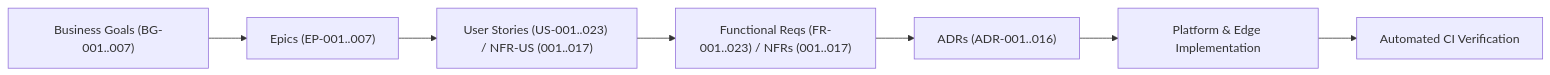
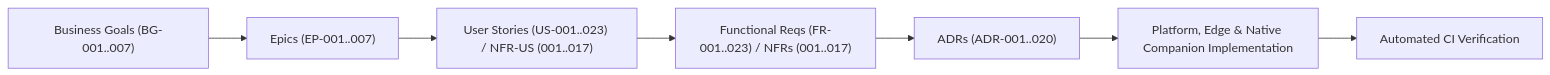
Before and after one commit to artofdream/adaptive-experience: the first of 5 diagrams in docs/aea-system-documentation.md, drawn with Mermaid. The commit also changed other lines of this file, not shown here.

````diff
--- a/docs/aea-system-documentation.md
+++ b/docs/aea-system-documentation.md
@@ -25,9 +25,9 @@
 ```mermaid
 flowchart LR
     BG["Business Goals (BG-001..007)"] --> EP["Epics (EP-001..007)"]
     EP --> US["User Stories (US-001..023) / NFR-US (001..017)"]
     US --> REQ["Functional Reqs (FR-001..023) / NFRs (001..017)"]
-    REQ --> ADR["ADRs (ADR-001..016)"]
-    ADR --> CODE["Platform & Edge Implementation"]
+    REQ --> ADR["ADRs (ADR-001..020)"]
+    ADR --> CODE["Platform, Edge & Native Companion Implementation"]
     CODE --> TEST["Automated CI Verification"]
 ```
````
